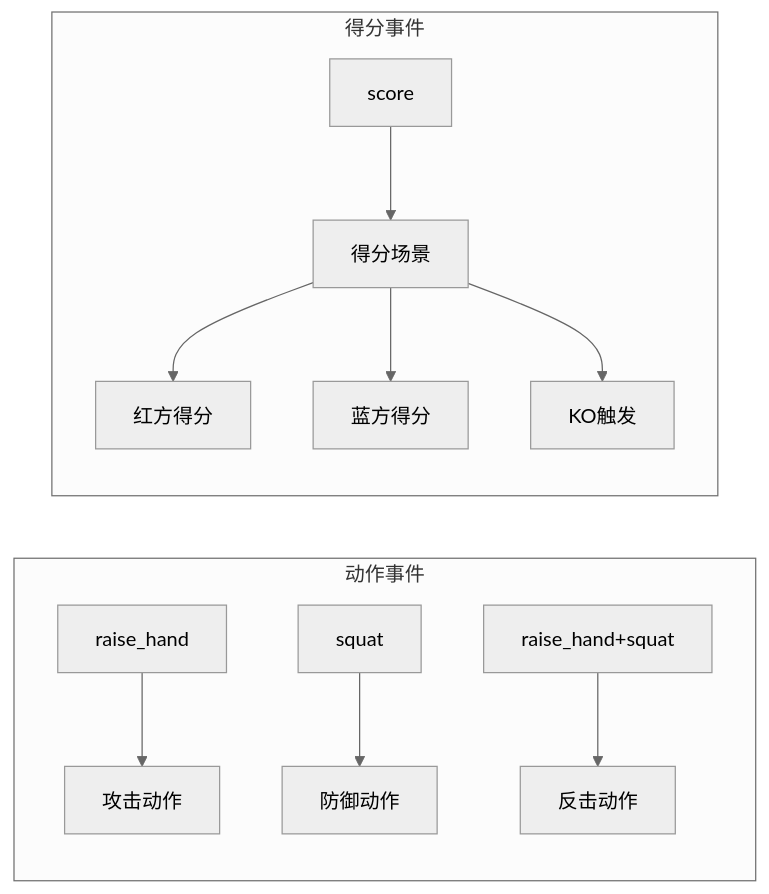
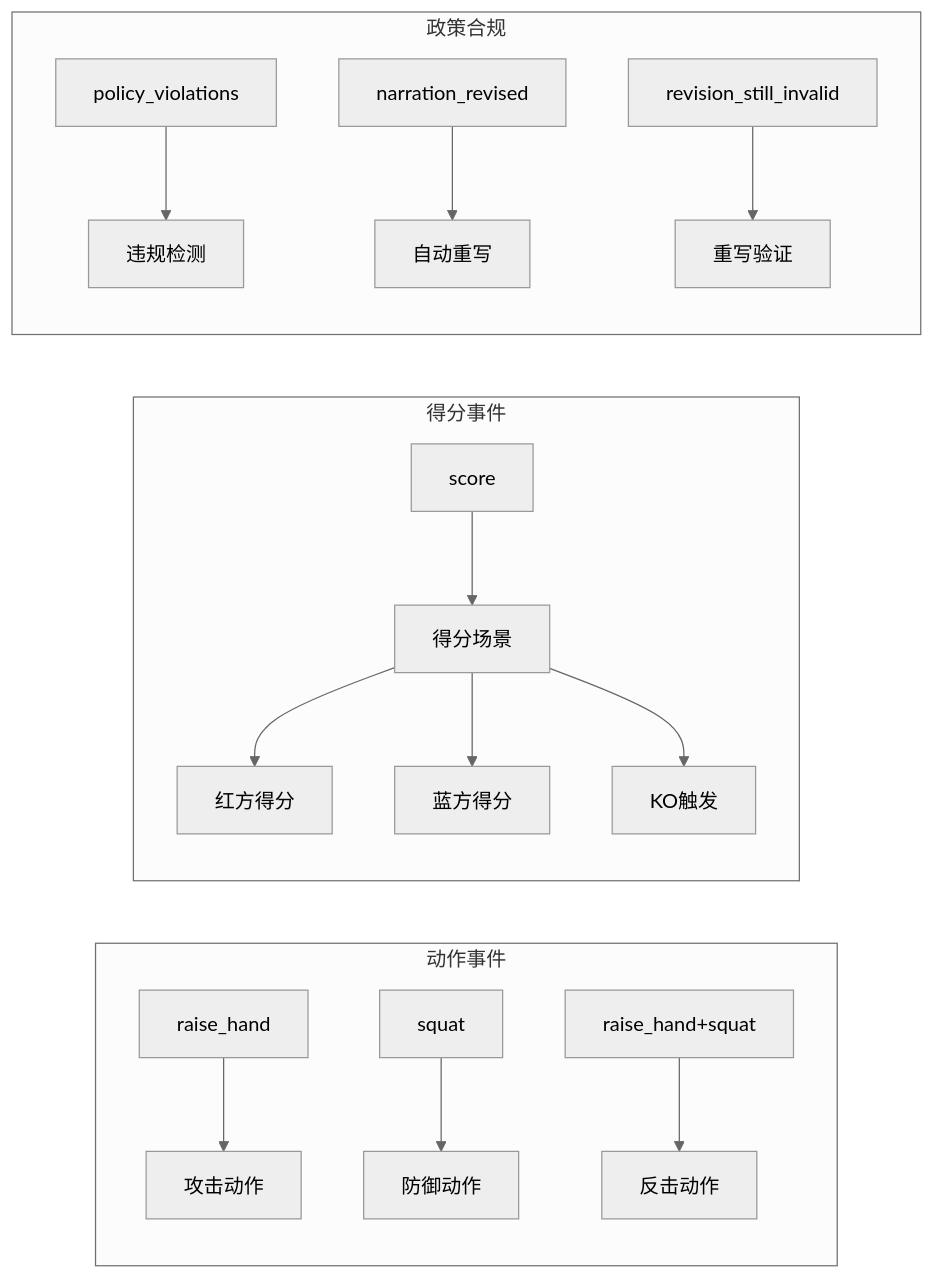
Diagram 19 of 28 in .qoder/repowiki/zh/content/语音合成服务/实时TTS合成.md (1024dashen/Vue3Speech), drawn with Mermaid (neutral theme) before and after one commit. The commit also changed other lines of this file and 13 other files, not shown here.

````diff
--- a/.qoder/repowiki/zh/content/语音合成服务/实时TTS合成.md
+++ b/.qoder/repowiki/zh/content/语音合成服务/实时TTS合成.md
@@ -912,14 +987,19 @@
 ```mermaid
 flowchart LR
 subgraph "动作事件"
 A[raise_hand] --> A1[攻击动作]
 B[squat] --> B1[防御动作]
 C[raise_hand+squat] --> C1[反击动作]
 end
 subgraph "得分事件"
 D[score] --> D1[得分场景]
 D1 --> D2[红方得分]
 D1 --> D3[蓝方得分]
 D1 --> D4[KO触发]
 end
+subgraph "政策合规"
+E[policy_violations] --> E1[违规检测]
+F[narration_revised] --> F1[自动重写]
+G[revision_still_invalid] --> G1[重写验证]
+end
 ```
````
